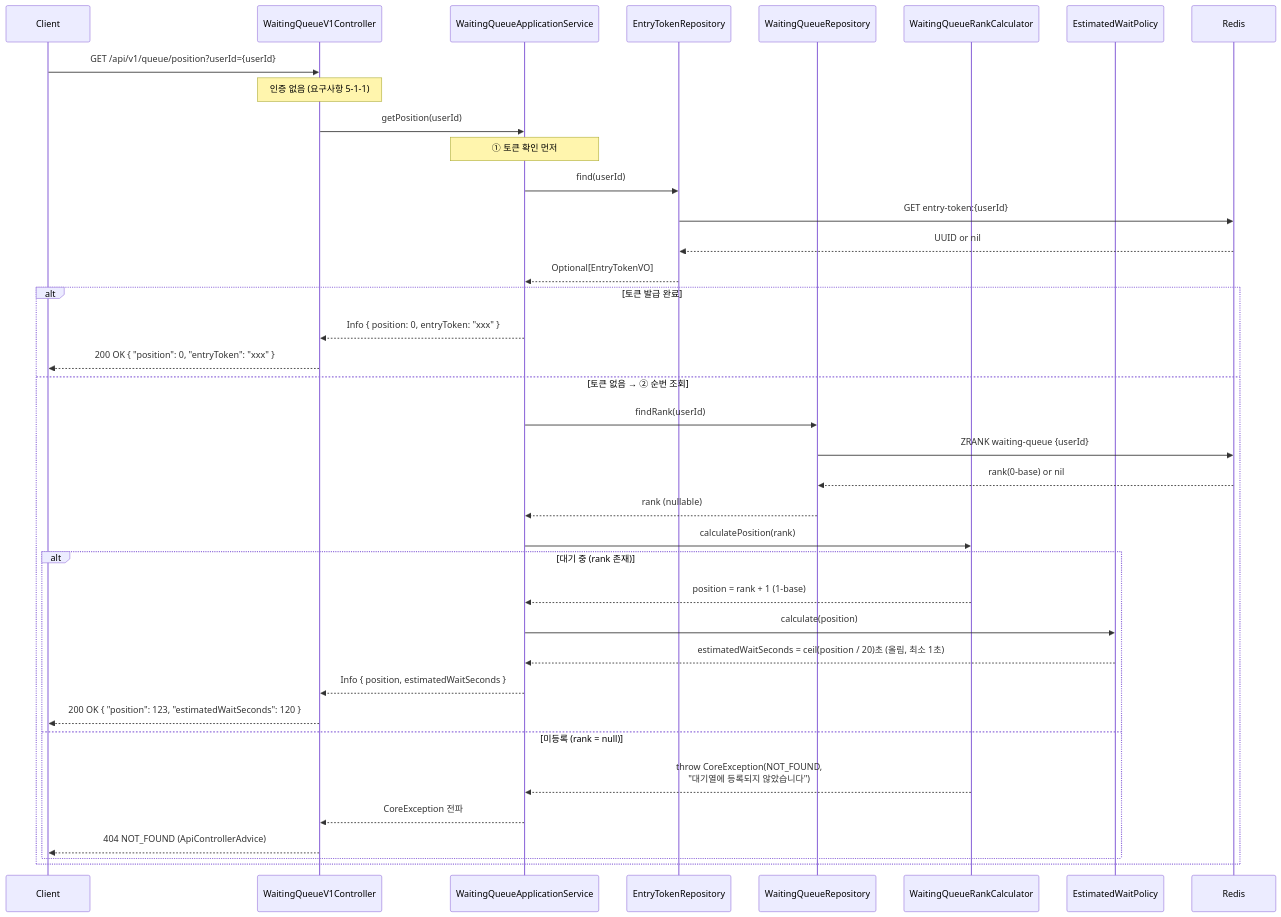
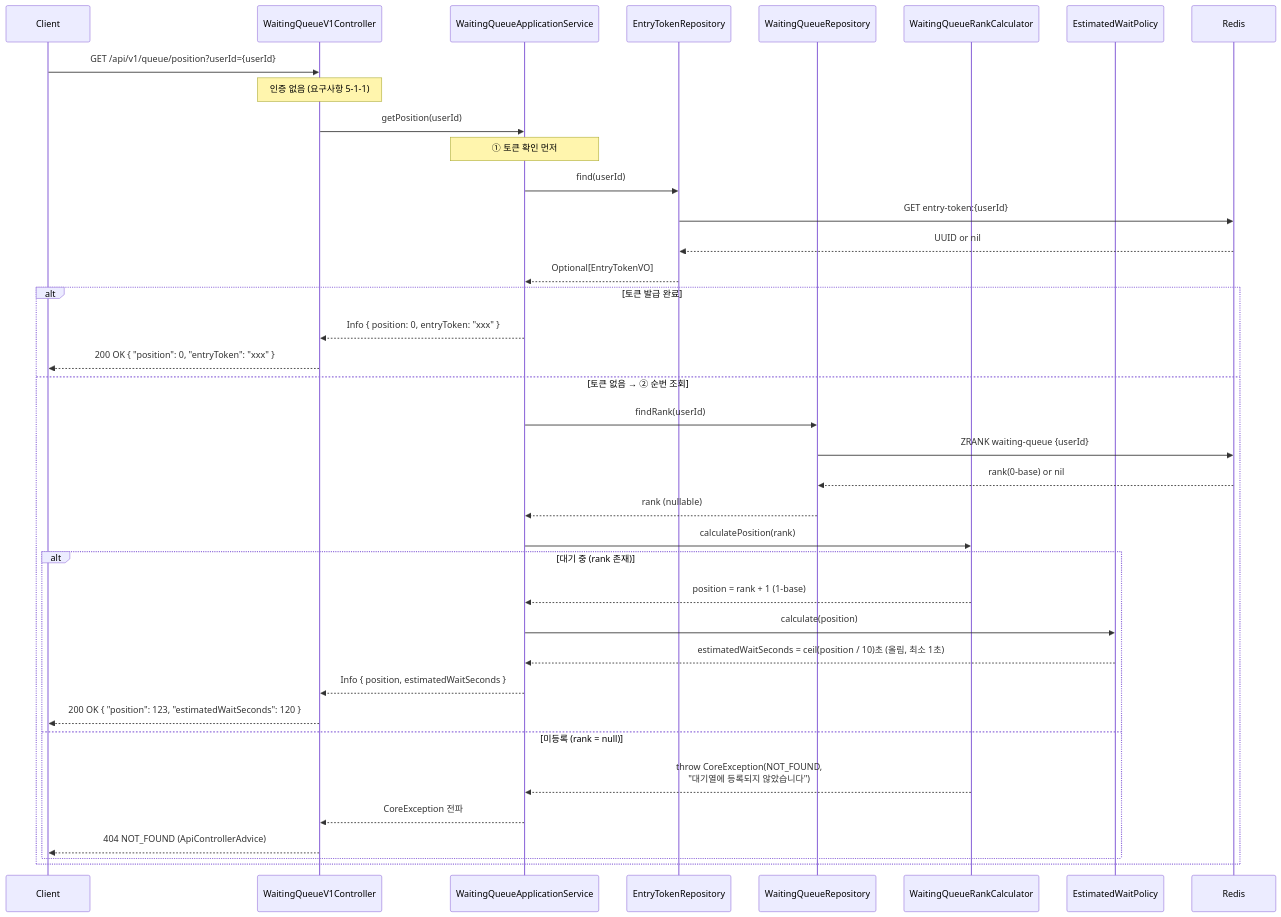
Before and after one commit to Hangju0610/loop-pack-be-l2-vol4-java: the second of 6 diagrams in docs/domain/waiting-queue/02-diagrams.md, drawn with Mermaid. The commit also changed other lines of this file and 6 other files, not shown here.

````diff
--- a/docs/domain/waiting-queue/02-diagrams.md
+++ b/docs/domain/waiting-queue/02-diagrams.md
@@ -53,45 +53,45 @@
 ```mermaid
 sequenceDiagram
     participant C as Client
     participant CTL as WaitingQueueV1Controller
     participant SVC as WaitingQueueApplicationService
     participant ETR as EntryTokenRepository
     participant WQR as WaitingQueueRepository
     participant RC as WaitingQueueRankCalculator
     participant EWP as EstimatedWaitPolicy
     participant R as Redis
 
     C->>CTL: GET /api/v1/queue/position?userId={userId}
     Note over CTL: 인증 없음 (요구사항 5-1-1)
     CTL->>SVC: getPosition(userId)
 
     Note over SVC: ① 토큰 확인 먼저
     SVC->>ETR: find(userId)
     ETR->>R: GET entry-token:{userId}
     R-->>ETR: UUID or nil
     ETR-->>SVC: Optional[EntryTokenVO]
 
     alt 토큰 발급 완료
         SVC-->>CTL: Info { position: 0, entryToken: "xxx" }
         CTL-->>C: 200 OK { "position": 0, "entryToken": "xxx" }
     else 토큰 없음 → ② 순번 조회
         SVC->>WQR: findRank(userId)
         WQR->>R: ZRANK waiting-queue {userId}
         R-->>WQR: rank(0-base) or nil
         WQR-->>SVC: rank (nullable)
 
         SVC->>RC: calculatePosition(rank)
 
         alt 대기 중 (rank 존재)
             RC-->>SVC: position = rank + 1 (1-base)
             SVC->>EWP: calculate(position)
-            EWP-->>SVC: estimatedWaitSeconds = ceil(position / 20)초 (올림, 최소 1초)
+            EWP-->>SVC: estimatedWaitSeconds = ceil(position / 10)초 (올림, 최소 1초)
             SVC-->>CTL: Info { position, estimatedWaitSeconds }
             CTL-->>C: 200 OK { "position": 123, "estimatedWaitSeconds": 120 }
         else 미등록 (rank = null)
             RC-->>SVC: throw CoreException(NOT_FOUND,<br/>"대기열에 등록되지 않았습니다")
             SVC-->>CTL: CoreException 전파
             CTL-->>C: 404 NOT_FOUND (ApiControllerAdvice)
         end
     end
 ```
````
